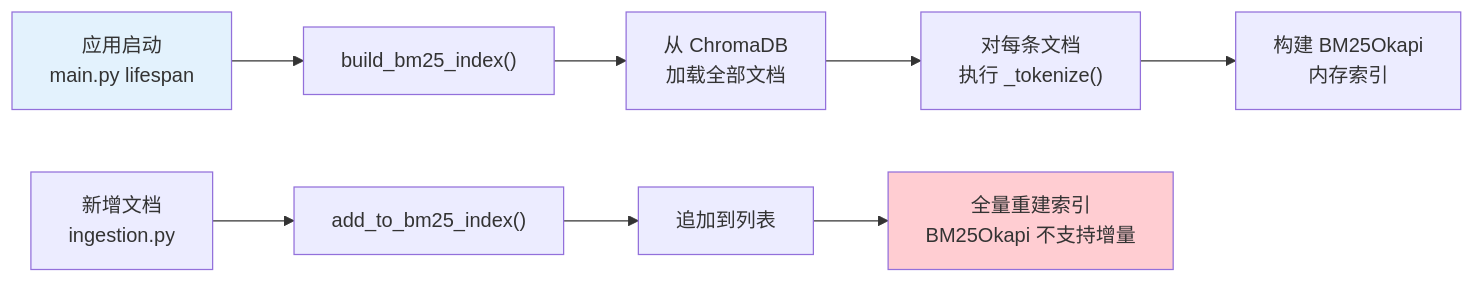
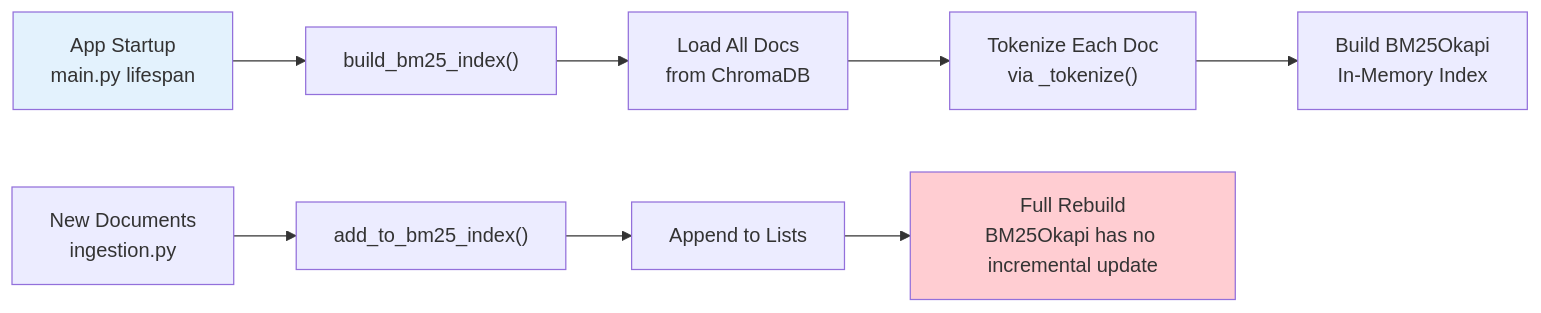
The second of 3 diagrams in docs/docs/rag/hybrid-retrieval.mdx (XUranus/dungeon), drawn with Mermaid before and after one commit. The commit also changed other lines of this file and 75 other files, not shown here.

````diff
--- a/docs/docs/rag/hybrid-retrieval.mdx
+++ b/docs/docs/rag/hybrid-retrieval.mdx
@@ -167,14 +168,14 @@
 ```mermaid
 flowchart LR
-    A["应用启动\nmain.py lifespan"] --> B["build_bm25_index()"]
-    B --> C["从 ChromaDB\n加载全部文档"]
-    C --> D["对每条文档\n执行 _tokenize()"]
-    D --> E["构建 BM25Okapi\n内存索引"]
+    A["App Startup\nmain.py lifespan"] --> B["build_bm25_index()"]
+    B --> C["Load All Docs\nfrom ChromaDB"]
+    C --> D["Tokenize Each Doc\nvia _tokenize()"]
+    D --> E["Build BM25Okapi\nIn-Memory Index"]
 
-    F["新增文档\ningestion.py"] --> G["add_to_bm25_index()"]
-    G --> H["追加到列表"]
-    H --> I["全量重建索引\nBM25Okapi 不支持增量"]
+    F["New Documents\ningestion.py"] --> G["add_to_bm25_index()"]
+    G --> H["Append to Lists"]
+    H --> I["Full Rebuild\nBM25Okapi has no incremental update"]
 
     style A fill:#E3F2FD
     style I fill:#FFCDD2
 ```
````
